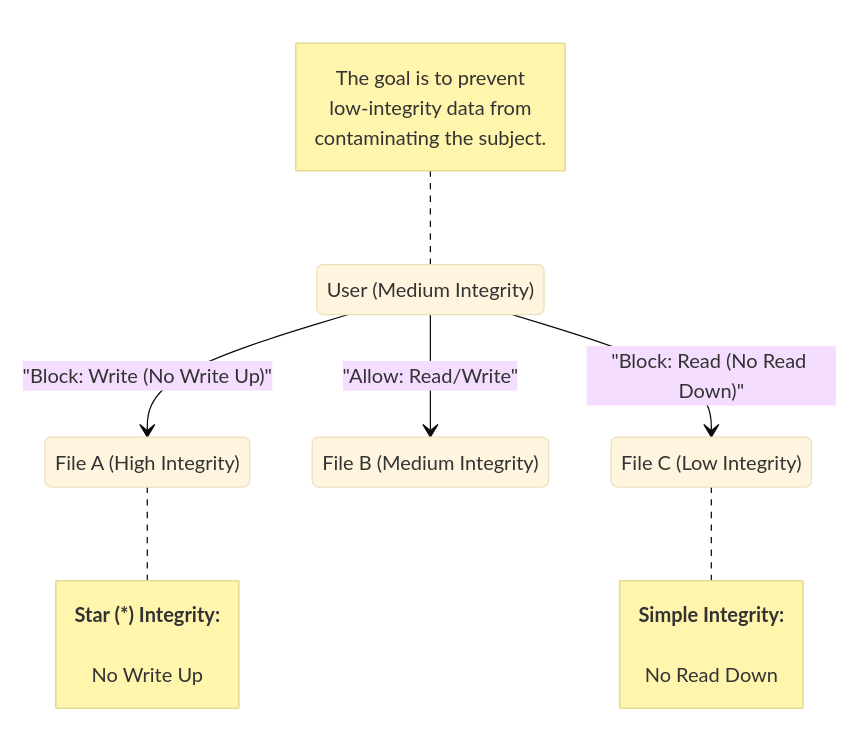
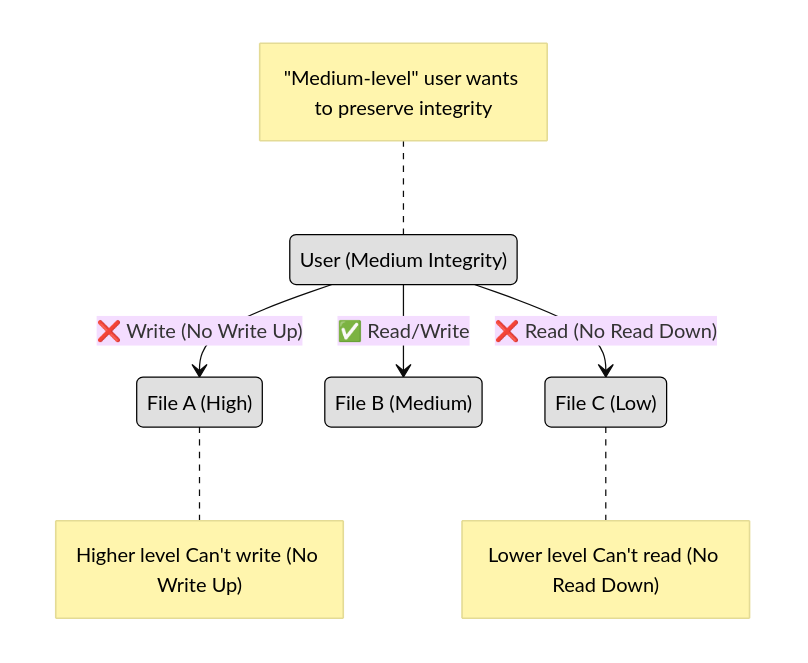
One commit to lorenzoleonelli/CISSP-Zero-to-Hero changed the tenth of 15 diagrams in DOMAIN3: Security Architecture and Engineering/3.02 Understand the fundamental concepts of security models (e.g. Biba, Star Model, Bell Lapadula).md. Above: the diagram before and after it, drawn with Mermaid (base theme). The commit also changed other lines of this file, not shown here.

Commit message:
Update 3.02 Understand the fundamental concepts of security models (e.g. Biba, Star Model, Bell Lapadula).md

````diff
--- a/DOMAIN3: Security Architecture and Engineering/3.02 Understand the fundamental concepts of security models (e.g. Biba, Star Model, Bell Lapadula).md
+++ b/DOMAIN3: Security Architecture and Engineering/3.02 Understand the fundamental concepts of security models (e.g. Biba, Star Model, Bell Lapadula).md
@@ -362,29 +310,28 @@
 ```mermaid
 stateDiagram-v2
     direction TB
 
     state "User (Medium Integrity)" as User
-    state "File A (High Integrity)" as FileHigh
-    state "File B (Medium Integrity)" as FileMed
-    state "File C (Low Integrity)" as FileLow
+    state "File A (High)" as FileHigh
+    state "File B (Medium)" as FileMed
+    state "File C (Low)" as FileLow
 
-    User --> FileHigh : "Block: Write (No Write Up)"
-    User --> FileMed : "Allow: Read/Write"
-    User --> FileLow : "Block: Read (No Read Down)"
+    User --> FileHigh : ❌ Write (No Write Up)
+    User --> FileMed : ✅ Read/Write
+    User --> FileLow : ❌ Read (No Read Down)
 
     note right of FileHigh
-        <b>Star (*) Integrity:</b>
-        <br/>No Write Up
+      Higher level Can't write (No Write Up)
     end note
 
     note right of FileLow
-        <b>Simple Integrity:</b>
-        <br/>No Read Down
+      Lower level Can't read (No Read Down)
     end note
 
     note left of User
-        The goal is to prevent
-        low-integrity data from
-        contaminating the subject.
+      "Medium-level" user wants to preserve integrity
     end note
+
+   classDef center fill:#ffffff,color:#000000,stroke:#000000,stroke-width:1px,font-weight:bold
+    classDef node fill:#e0e0e0,color:#000000,stroke:#000000,stroke-width:1px
 ```
````
